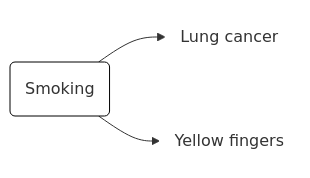
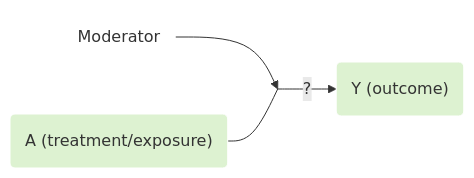
The fourth of 11 diagrams in book_birth_outcomes_summary/design_dag_1.md (birth-outcomes/birth_outcomes_summary), drawn with Mermaid before and after one commit. The commit also changed other lines of this file, not shown here.

`````diff
--- a/book_birth_outcomes_summary/design_dag_1.md
+++ b/book_birth_outcomes_summary/design_dag_1.md
@@ -113,13 +131,17 @@
 ````{mermaid}
   flowchart LR;
 
-    cig("Smoking"):::black;
-    lung("Lung cancer"):::white;
-    yellow("Yellow fingers"):::white;
+    A("A (treatment/exposure)"):::green;
+    Y("Y (outcome)"):::green;
+    Empty[ ]:::empty;
+    Mod("Moderator"):::white;
 
-    cig --> lung;
-    cig --> yellow;
+    Mod --> Empty;
+    A --- Empty;
+    Empty -->|?| Y;
 
-    classDef white fill:#FFFFFF, stroke:#FFFFFF
-    classDef black fill:#FFFFFF, stroke:#000000
+    classDef white fill:#FFFFFF, stroke:#FFFFFF;
+    classDef black fill:#FFFFFF, stroke:#000000;
+    classDef empty width:0px,height:0px;
+    classDef green fill:#DDF2D1, stroke: #FFFFFF;
 ````
`````
